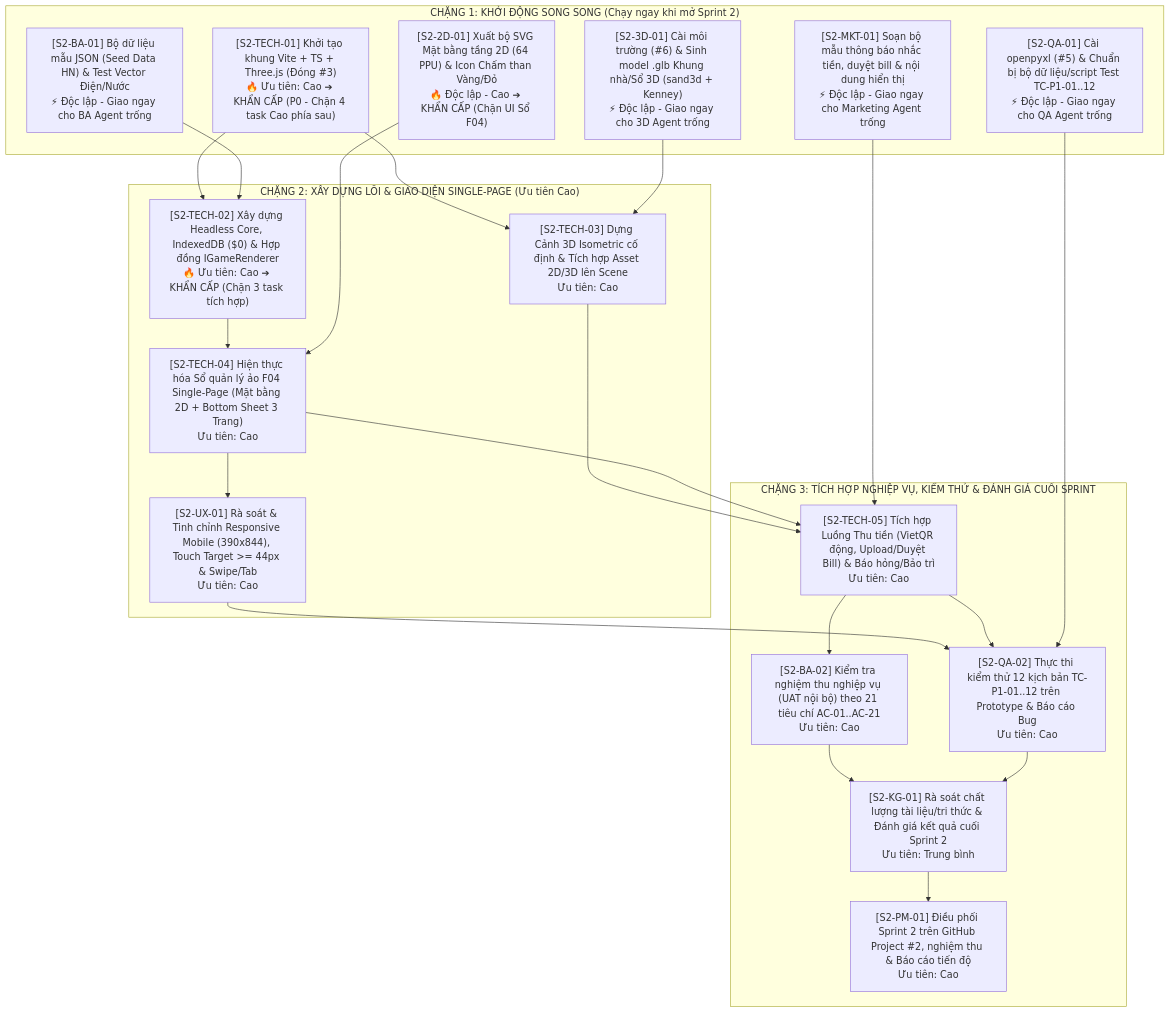
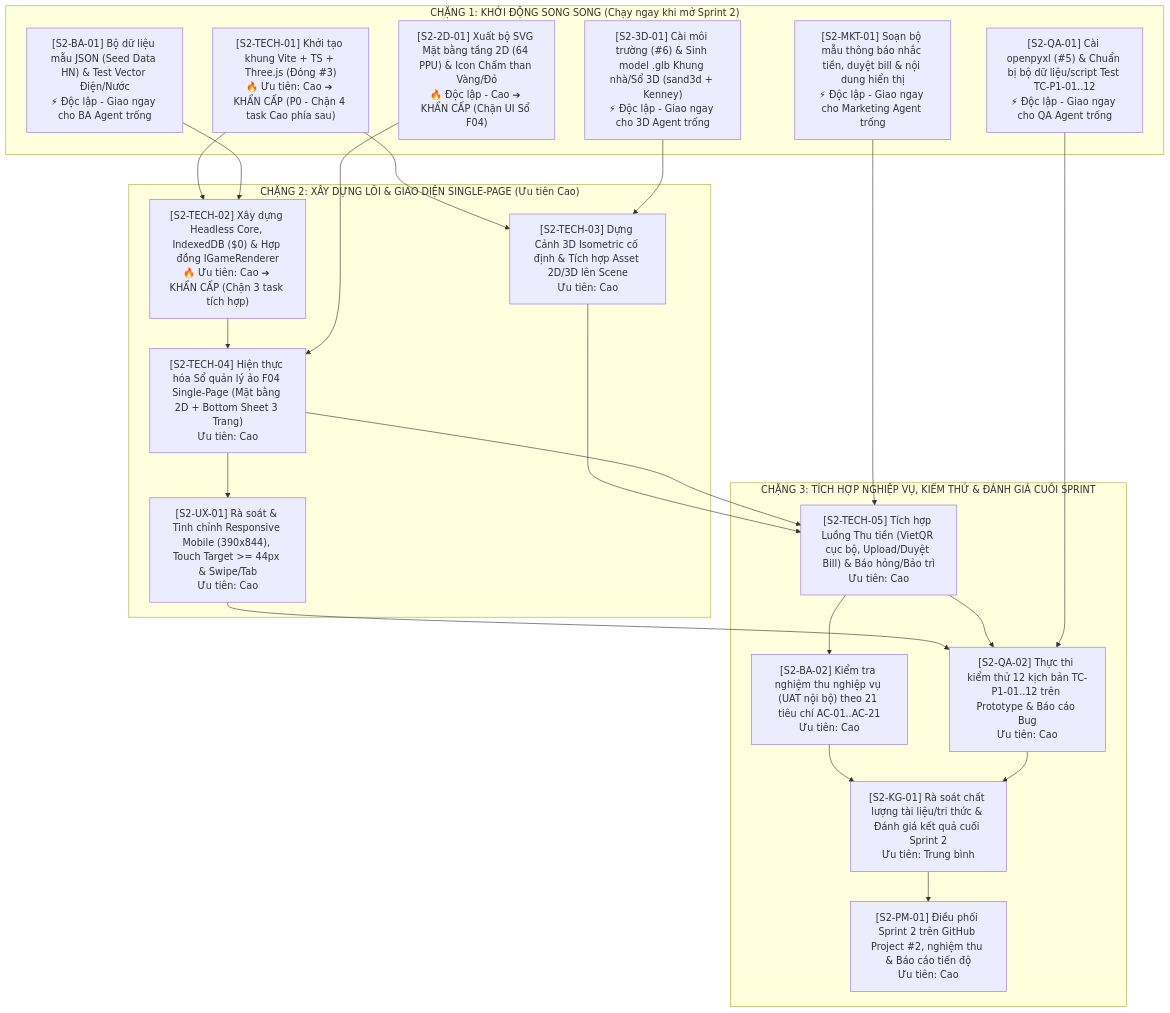
The diagram in 01-quan-ly/KE_HOACH_SPRINT_2_PROTOTYPE_P1.md (theGonlyK/QLNT), drawn with Mermaid before and after one commit. The commit also changed other lines of this file and 4 other files, not shown here.

````diff
--- a/01-quan-ly/KE_HOACH_SPRINT_2_PROTOTYPE_P1.md
+++ b/01-quan-ly/KE_HOACH_SPRINT_2_PROTOTYPE_P1.md
@@ -42,44 +42,44 @@
 ```mermaid
 flowchart TD
     subgraph WAVE1["CHẶNG 1: KHỞI ĐỘNG SONG SONG (Chạy ngay khi mở Sprint 2)"]
         T01["[S2-TECH-01] Khởi tạo khung Vite + TS + Three.js (Đóng #3)<br/>🔥 Ưu tiên: Cao ➔ KHẨN CẤP (P0 - Chặn 4 task Cao phía sau)"]
         BA01["[S2-BA-01] Bộ dữ liệu mẫu JSON (Seed Data HN) & Test Vector Điện/Nước<br/>⚡ Độc lập - Giao ngay cho BA Agent trống"]
         V2D01["[S2-2D-01] Xuất bộ SVG Mặt bằng tầng 2D (64 PPU) & Icon Chấm than Vàng/Đỏ<br/>🔥 Độc lập - Cao ➔ KHẨN CẤP (Chặn UI Sổ F04)"]
         V3D01["[S2-3D-01] Cài môi trường (#6) & Sinh model .glb Khung nhà/Sổ 3D (sand3d + Kenney)<br/>⚡ Độc lập - Giao ngay cho 3D Agent trống"]
         QA01["[S2-QA-01] Cài openpyxl (#5) & Chuẩn bị bộ dữ liệu/script Test TC-P1-01..12<br/>⚡ Độc lập - Giao ngay cho QA Agent trống"]
         MKT01["[S2-MKT-01] Soạn bộ mẫu thông báo nhắc tiền, duyệt bill & nội dung hiển thị<br/>⚡ Độc lập - Giao ngay cho Marketing Agent trống"]
     end
 
     subgraph WAVE2["CHẶNG 2: XÂY DỰNG LÕI & GIAO DIỆN SINGLE-PAGE (Ưu tiên Cao)"]
         T02["[S2-TECH-02] Xây dựng Headless Core, IndexedDB ($0) & Hợp đồng IGameRenderer<br/>🔥 Ưu tiên: Cao ➔ KHẨN CẤP (Chặn 3 task tích hợp)"]
         T03["[S2-TECH-03] Dựng Cảnh 3D Isometric cố định & Tích hợp Asset 2D/3D lên Scene<br/>Ưu tiên: Cao"]
         T04["[S2-TECH-04] Hiện thực hóa Sổ quản lý ảo F04 Single-Page (Mặt bằng 2D + Bottom Sheet 3 Trang)<br/>Ưu tiên: Cao"]
         UX01["[S2-UX-01] Rà soát & Tinh chỉnh Responsive Mobile (390x844), Touch Target >= 44px & Swipe/Tab<br/>Ưu tiên: Cao"]
     end
 
     subgraph WAVE3["CHẶNG 3: TÍCH HỢP NGHIỆP VỤ, KIỂM THỬ & ĐÁNH GIÁ CUỐI SPRINT"]
-        T05["[S2-TECH-05] Tích hợp Luồng Thu tiền (VietQR động, Upload/Duyệt Bill) & Báo hỏng/Bảo trì<br/>Ưu tiên: Cao"]
+        T05["[S2-TECH-05] Tích hợp Luồng Thu tiền (VietQR cục bộ, Upload/Duyệt Bill) & Báo hỏng/Bảo trì<br/>Ưu tiên: Cao"]
         BA02["[S2-BA-02] Kiểm tra nghiệm thu nghiệp vụ (UAT nội bộ) theo 21 tiêu chí AC-01..AC-21<br/>Ưu tiên: Cao"]
         QA02["[S2-QA-02] Thực thi kiểm thử 12 kịch bản TC-P1-01..12 trên Prototype & Báo cáo Bug<br/>Ưu tiên: Cao"]
         KG01["[S2-KG-01] Rà soát chất lượng tài liệu/tri thức & Đánh giá kết quả cuối Sprint 2<br/>Ưu tiên: Trung bình"]
         PM01["[S2-PM-01] Điều phối Sprint 2 trên GitHub Project #2, nghiệm thu & Báo cáo tiến độ<br/>Ưu tiên: Cao"]
     end
 
     T01 --> T02
     T01 --> T03
     BA01 --> T02
     T02 --> T04
     V2D01 --> T04
     V3D01 --> T03
     MKT01 --> T05
     T03 --> T05
     T04 --> T05
     T04 --> UX01
     UX01 --> QA02
     T05 --> BA02
     T05 --> QA02
     QA01 --> QA02
     BA02 --> KG01
     QA02 --> KG01
     KG01 --> PM01
 ```
````
